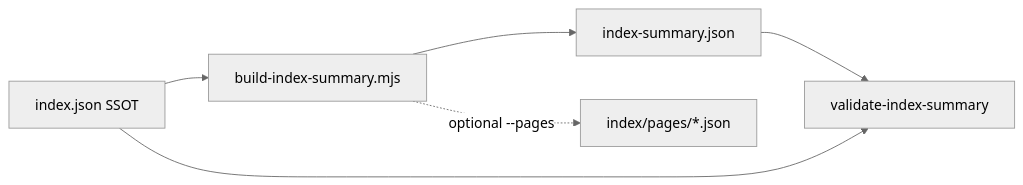
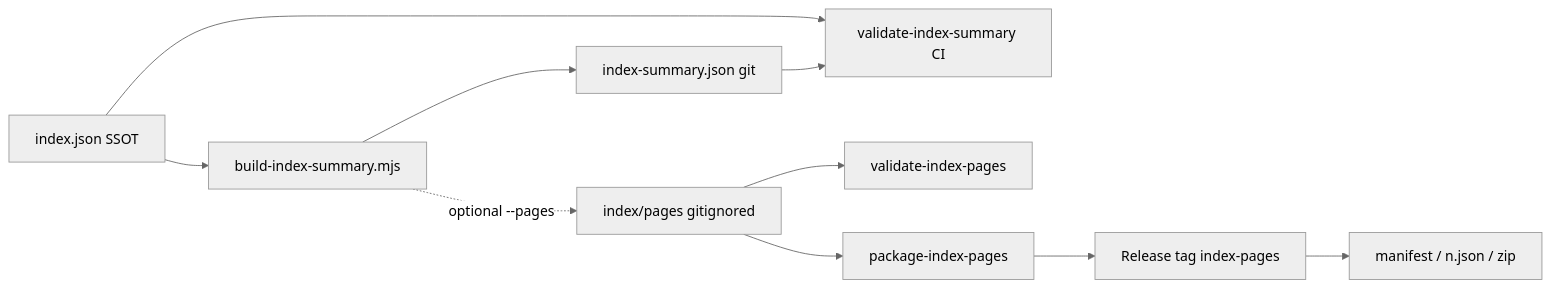
Before and after one commit to AutoDevJapan/GoDD-Design-Systems: the second of 2 diagrams in documents/diagrams/index-paging-flow.md, drawn with Mermaid (neutral theme). The commit also changed other lines of this file and 9 other files, not shown here.

First line of the commit message:
feat: index/pages を Release asset で公開する (#63)

````diff
--- a/documents/diagrams/index-paging-flow.md
+++ b/documents/diagrams/index-paging-flow.md
@@ -23,8 +23,12 @@
 ```mermaid
 flowchart LR
   idx[index.json SSOT] --> build[build-index-summary.mjs]
-  build --> sum[index-summary.json]
-  build -.->|optional --pages| pages[index/pages/*.json]
-  sum --> ci[validate-index-summary]
+  build --> sum[index-summary.json git]
+  build -.->|optional --pages| pages[index/pages gitignored]
+  sum --> ci[validate-index-summary CI]
   idx --> ci
+  pages --> vpages[validate-index-pages]
+  pages --> pkg[package-index-pages]
+  pkg --> rel[Release tag index-pages]
+  rel --> assets["manifest / n.json / zip"]
 ```
````
